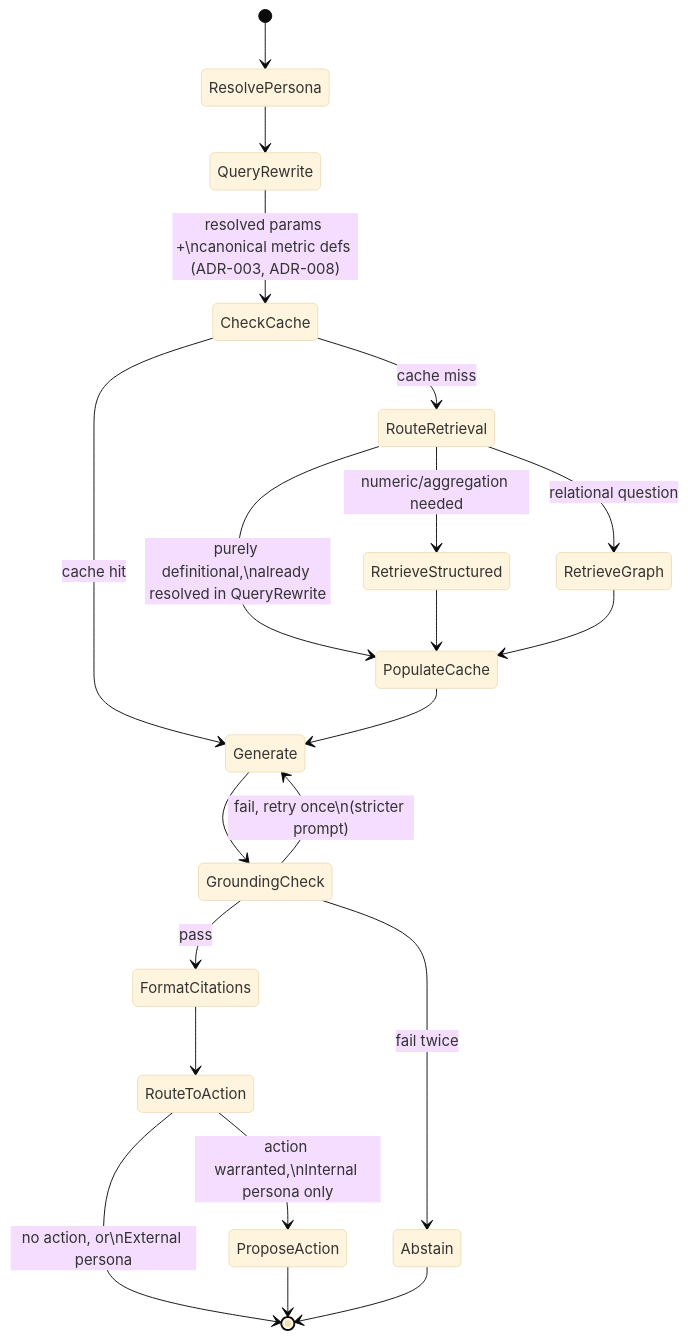
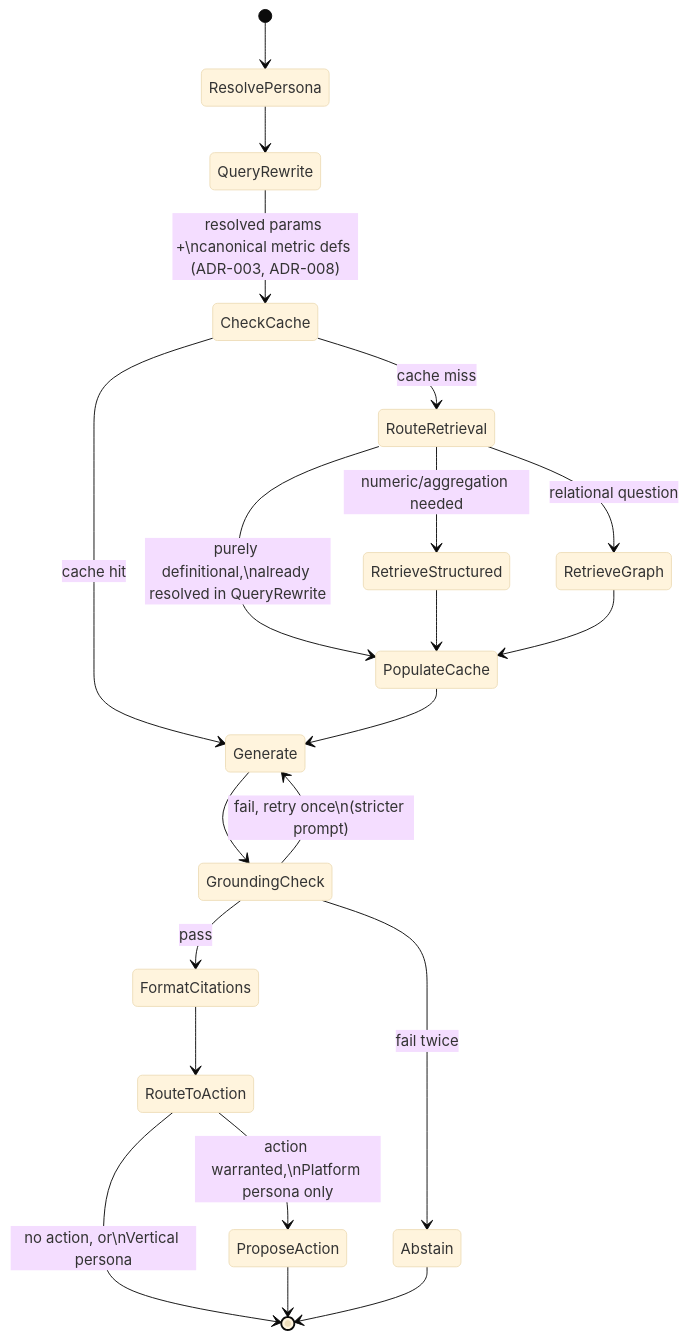
The second of 3 diagrams in docs/Solution_Architecture_Cloud_Workbench.md (mbnest/finops-intelligence-platform), drawn with Mermaid (base theme) before and after one commit. The commit also changed other lines of this file and 4 other files, not shown here.

````diff
--- a/docs/Solution_Architecture_Cloud_Workbench.md
+++ b/docs/Solution_Architecture_Cloud_Workbench.md
@@ -93,23 +93,23 @@
 ```mermaid
 stateDiagram-v2
     [*] --> ResolvePersona
     ResolvePersona --> QueryRewrite
     QueryRewrite --> CheckCache: resolved params +\ncanonical metric defs (ADR-003, ADR-008)
     CheckCache --> Generate: cache hit
     CheckCache --> RouteRetrieval: cache miss
     RouteRetrieval --> RetrieveStructured: numeric/aggregation needed
     RouteRetrieval --> RetrieveGraph: relational question
     RouteRetrieval --> PopulateCache: purely definitional,\nalready resolved in QueryRewrite
     RetrieveStructured --> PopulateCache
     RetrieveGraph --> PopulateCache
     PopulateCache --> Generate
     Generate --> GroundingCheck
     GroundingCheck --> FormatCitations: pass
     GroundingCheck --> Generate: fail, retry once\n(stricter prompt)
     GroundingCheck --> Abstain: fail twice
     FormatCitations --> RouteToAction
-    RouteToAction --> ProposeAction: action warranted,\nInternal persona only
-    RouteToAction --> [*]: no action, or\nExternal persona
+    RouteToAction --> ProposeAction: action warranted,\nPlatform persona only
+    RouteToAction --> [*]: no action, or\nVertical persona
     ProposeAction --> [*]
     Abstain --> [*]
 ```
````
